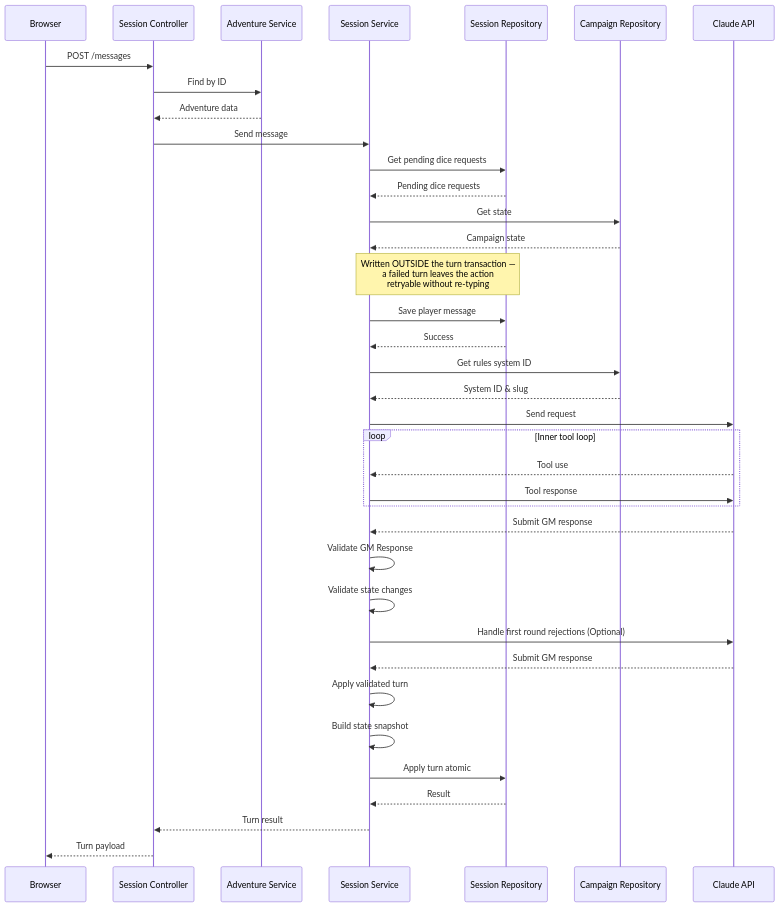
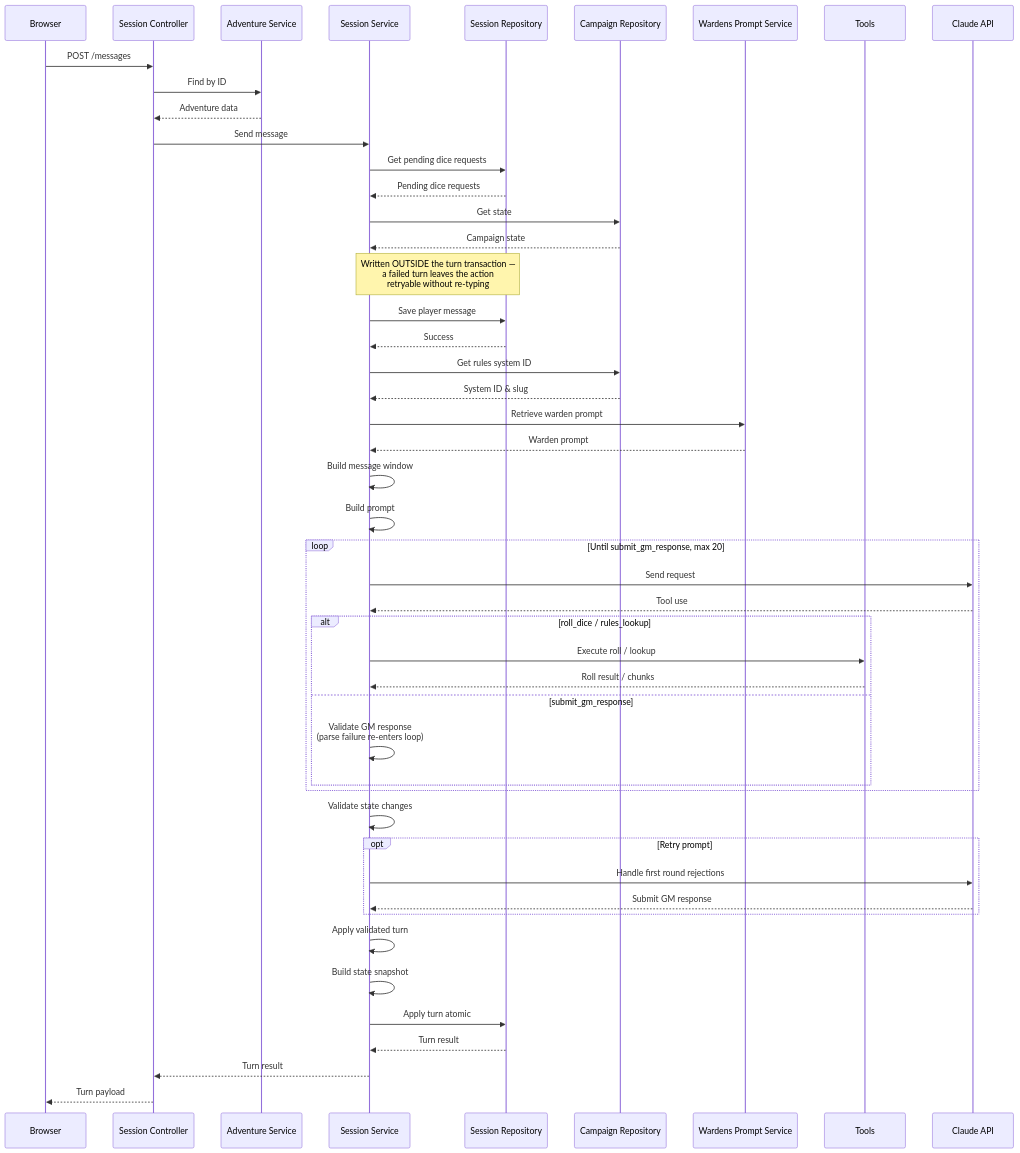
Before and after one commit to automata-codex/unicorn: the diagram in docs/zoltar-request-happy-path.mermaid, drawn with Mermaid. The commit also changed 1 other file, not shown here.

Commit message:
Update sequence diagram

```diff
--- a/docs/zoltar-request-happy-path.mermaid
+++ b/docs/zoltar-request-happy-path.mermaid
@@ -1,44 +1,58 @@
 sequenceDiagram
     participant Browser
     participant SeshCon as Session Controller
     participant AdvSvc as Adventure Service
     participant SeshSvc as Session Service
     participant SeshRepo as Session Repository
     participant CamRepo as Campaign Repository
+    participant Wardens as Wardens Prompt Service
+    participant Tools
     participant Claude as Claude API
 
     Browser->>SeshCon:POST /messages
     SeshCon->>AdvSvc:Find by ID
     AdvSvc-->>SeshCon:Adventure data
     SeshCon->>SeshSvc:Send message
 
     SeshSvc->>SeshRepo:Get pending dice requests
     SeshRepo-->>SeshSvc:Pending dice requests
 
     SeshSvc->>CamRepo:Get state
     CamRepo-->>SeshSvc:Campaign state
 
     Note over SeshSvc,SeshRepo: Written OUTSIDE the turn transaction —<br/>a failed turn leaves the action<br/>retryable without re-typing
     SeshSvc->>SeshRepo:Save player message
     SeshRepo-->>SeshSvc:Success
     SeshSvc->>CamRepo:Get rules system ID
     CamRepo-->>SeshSvc:System ID & slug
+    SeshSvc->>Wardens:Retrieve warden prompt
+    Wardens-->>SeshSvc:Warden prompt
 
-    SeshSvc->>Claude:Send request
-    loop Inner tool loop
+    SeshSvc->>SeshSvc:Build message window
+    SeshSvc->>SeshSvc:Build prompt
+
+    loop Until submit_gm_response, max 20
+        SeshSvc->>Claude:Send request
         Claude-->>SeshSvc:Tool use
-        SeshSvc->>Claude:Tool response
+        alt roll_dice / rules_lookup
+            SeshSvc->>Tools:Execute roll / lookup
+            Tools-->>SeshSvc:Roll result / chunks
+        else submit_gm_response
+            SeshSvc->>SeshSvc:Validate GM response<br/>(parse failure re-enters loop)
+        end
     end
-    Claude-->>SeshSvc:Submit GM response
-    SeshSvc->>SeshSvc:Validate GM Response
 
     SeshSvc->>SeshSvc:Validate state changes
-    SeshSvc->>Claude:Handle first round rejections (Optional)
-    Claude-->>SeshSvc:Submit GM response
+
+    opt Retry prompt
+        SeshSvc->>Claude:Handle first round rejections
+        Claude-->>SeshSvc:Submit GM response
+    end
+
     SeshSvc->>SeshSvc:Apply validated turn
     SeshSvc->>SeshSvc:Build state snapshot
     SeshSvc->>SeshRepo:Apply turn atomic
-    SeshRepo-->>SeshSvc:Result
+    SeshRepo-->>SeshSvc:Turn result
 
     SeshSvc-->>SeshCon:Turn result
     SeshCon-->>Browser:Turn payload
```
